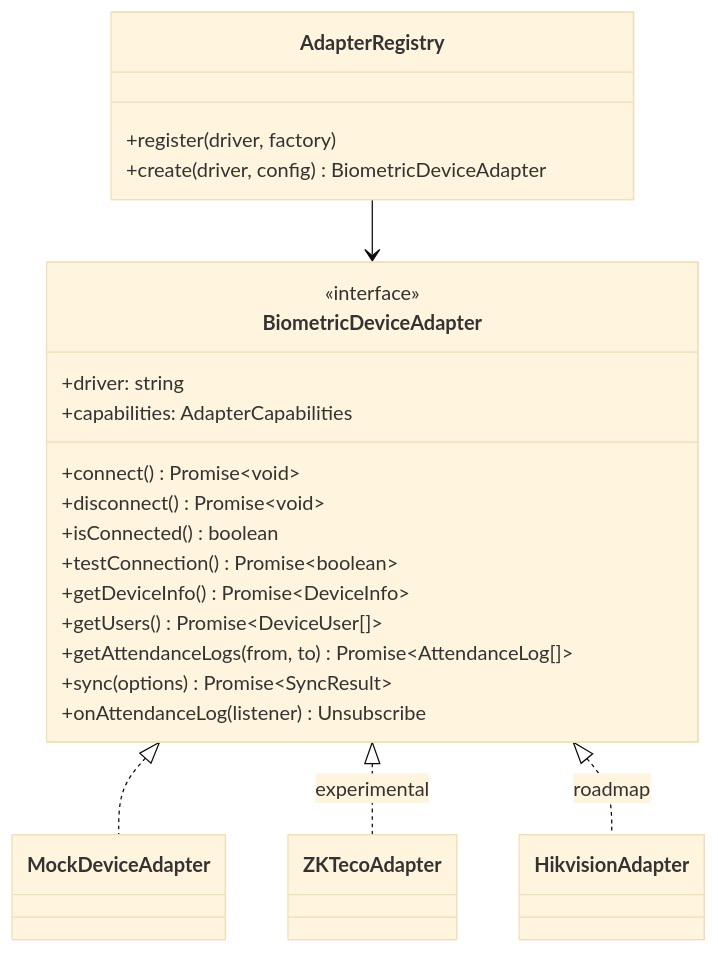
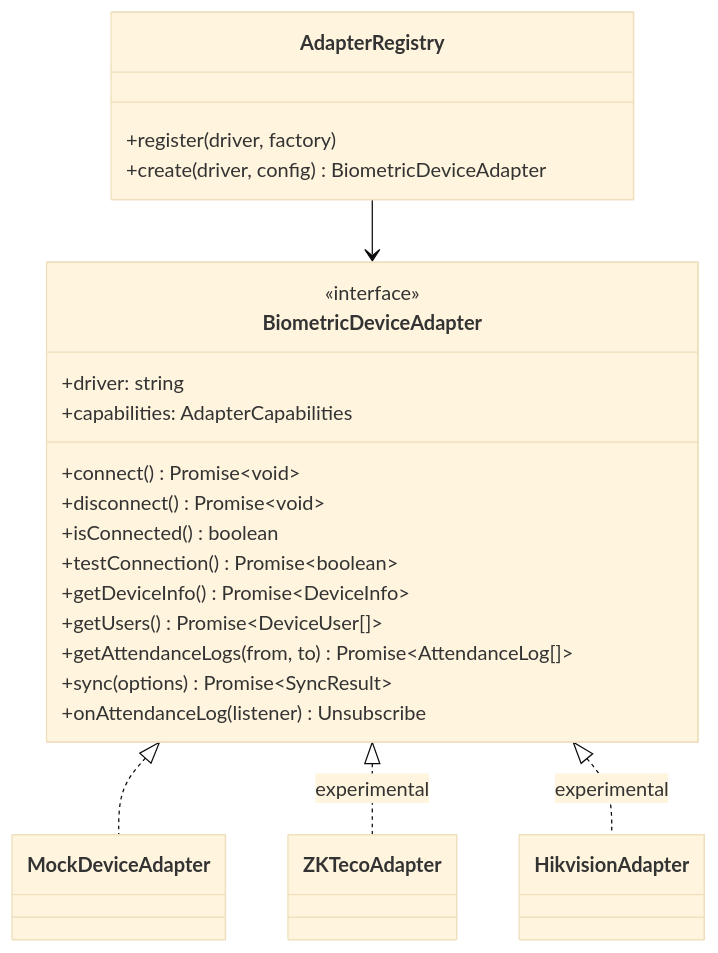
The first of 2 diagrams in docs/device-integration.md (Angel17jc/AsistControl), drawn with Mermaid (base theme) before and after one commit. The commit also changed other lines of this file and 19 other files, not shown here.

First line of the commit message:
feat(biometric-core): add experimental Hikvision ISAPI adapter (#36)

````diff
--- a/docs/device-integration.md
+++ b/docs/device-integration.md
@@ -7,25 +7,25 @@
 ```mermaid
 classDiagram
   class BiometricDeviceAdapter {
     <<interface>>
     +driver: string
     +capabilities: AdapterCapabilities
     +connect() Promise~void~
     +disconnect() Promise~void~
     +isConnected() boolean
     +testConnection() Promise~boolean~
     +getDeviceInfo() Promise~DeviceInfo~
     +getUsers() Promise~DeviceUser[]~
     +getAttendanceLogs(from, to) Promise~AttendanceLog[]~
     +sync(options) Promise~SyncResult~
     +onAttendanceLog(listener) Unsubscribe
   }
   BiometricDeviceAdapter <|.. MockDeviceAdapter
   BiometricDeviceAdapter <|.. ZKTecoAdapter : experimental
-  BiometricDeviceAdapter <|.. HikvisionAdapter : roadmap
+  BiometricDeviceAdapter <|.. HikvisionAdapter : experimental
   class AdapterRegistry {
     +register(driver, factory)
     +create(driver, config) BiometricDeviceAdapter
   }
   AdapterRegistry --> BiometricDeviceAdapter
 ```
````
